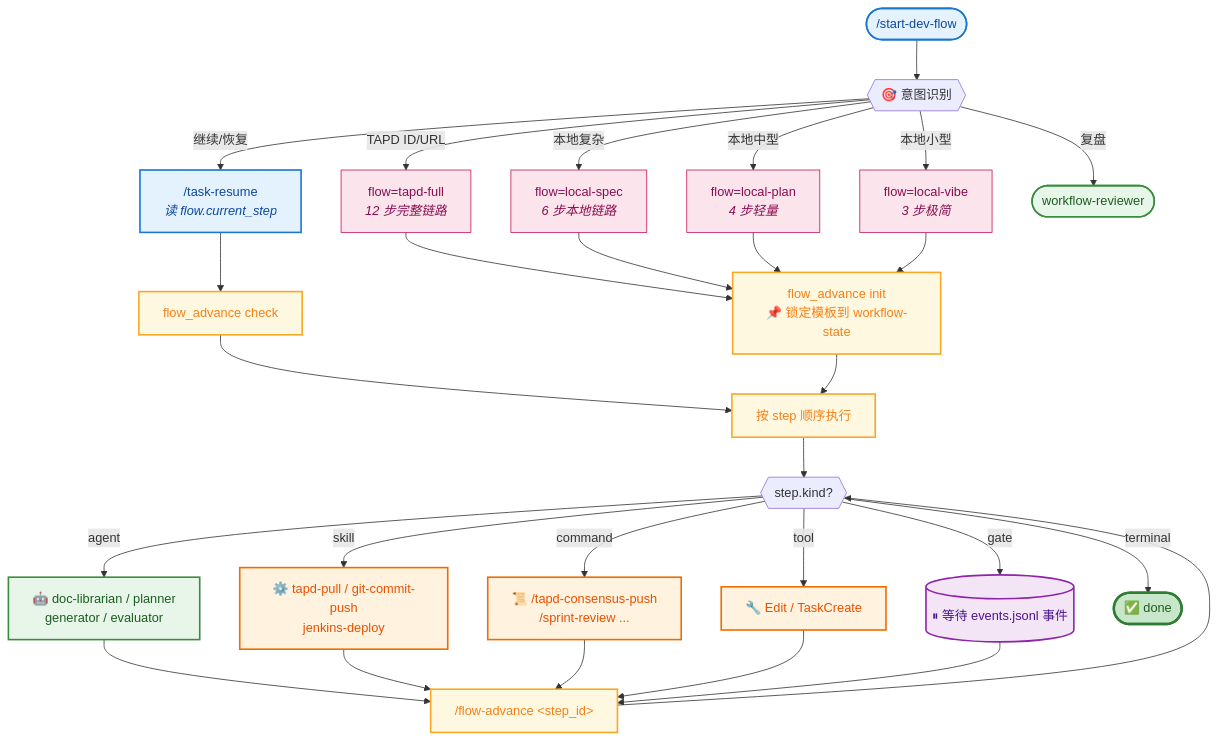
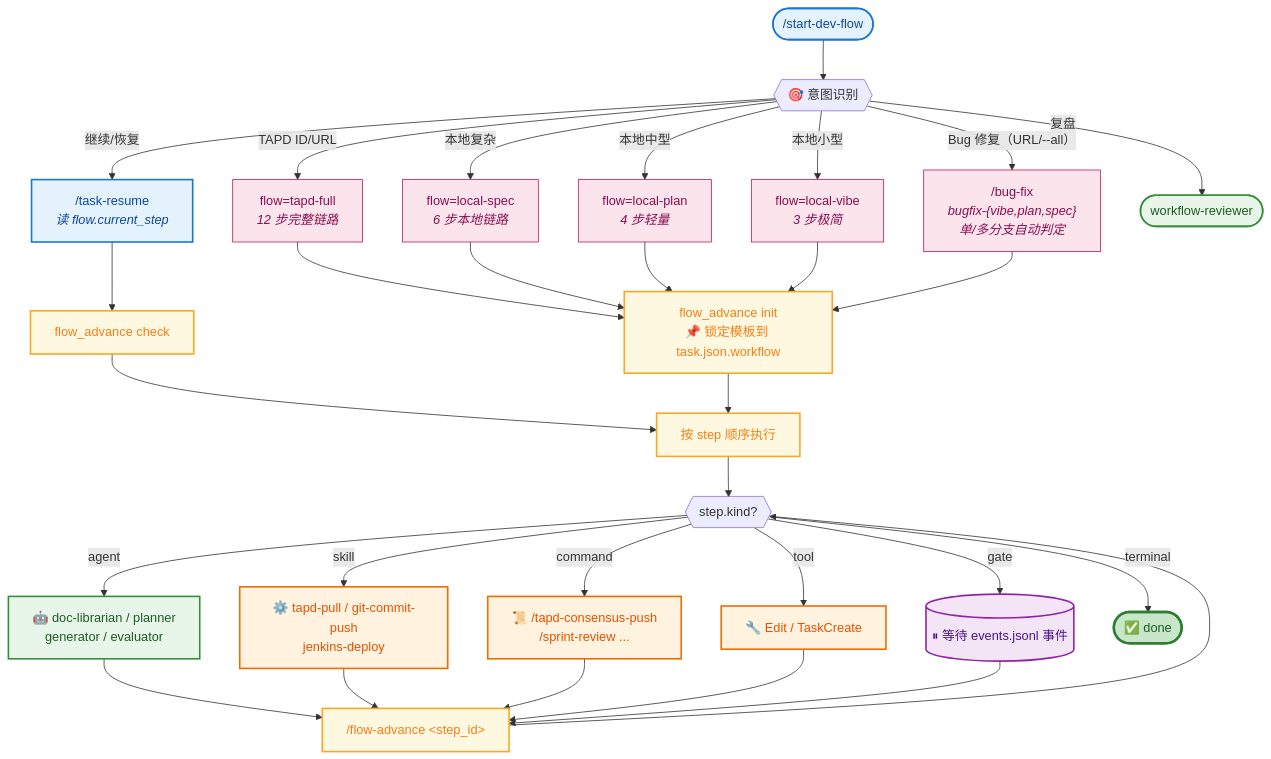
The first of 16 diagrams in README.md (dd-xiaozhi/dev-agent-flow), drawn with Mermaid before and after one commit. The commit also changed other lines of this file and 45 other files, not shown here.

First line of the commit message:
feat(task): 任务层重构 + git 分支自动绑定 + bug-fix 流程

````diff
--- a/README.md
+++ b/README.md
@@ -13,45 +13,46 @@
 ```mermaid
 flowchart TD
     START(["/start-dev-flow"]) --> 识别{{"🎯 意图识别"}}
 
     识别 -->|TAPD ID/URL| F1["flow=tapd-full<br/><i>12 步完整链路</i>"]
     识别 -->|本地复杂| F2["flow=local-spec<br/><i>6 步本地链路</i>"]
     识别 -->|本地中型| F3["flow=local-plan<br/><i>4 步轻量</i>"]
     识别 -->|本地小型| F4["flow=local-vibe<br/><i>3 步极简</i>"]
+    识别 -->|"Bug 修复（URL/--all）"| BF["/bug-fix<br/><i>bugfix-{vibe,plan,spec}</i><br/><i>单/多分支自动判定</i>"]
     识别 -->|继续/恢复| RES["/task-resume<br/><i>读 flow.current_step</i>"]
     识别 -->|复盘| REV([workflow-reviewer])
 
-    F1 & F2 & F3 & F4 --> INIT["flow_advance init<br/>📌 锁定模板到 workflow-state"]
+    F1 & F2 & F3 & F4 & BF --> INIT["flow_advance init<br/>📌 锁定模板到 task.json.workflow"]
     RES --> CHECK["flow_advance check"]
     CHECK --> EXEC
 
     INIT --> EXEC["按 step 顺序执行"]
     EXEC --> KIND{{"step.kind?"}}
 
     KIND -->|agent| KA["🤖 doc-librarian / planner<br/>generator / evaluator"]
     KIND -->|skill| KS["⚙️ tapd-pull / git-commit-push<br/>jenkins-deploy"]
     KIND -->|command| KC["📜 /tapd-consensus-push<br/>/sprint-review ..."]
     KIND -->|tool| KT["🔧 Edit / TaskCreate"]
     KIND -->|gate| KG[("⏸ 等待 events.jsonl 事件")]
     KIND -->|terminal| END(["✅ done"])
 
     KA & KS & KC & KT & KG --> ADV["/flow-advance &lt;step_id&gt;"]
     ADV --> KIND
 
     classDef entry fill:#e3f2fd,stroke:#1976d2,stroke-width:2px,color:#0d47a1
     classDef ctrl fill:#fff8e1,stroke:#f9a825,stroke-width:2px,color:#f57f17
     classDef agent fill:#e8f5e9,stroke:#388e3c,stroke-width:2px,color:#1b5e20
     classDef skill fill:#fff3e0,stroke:#ef6c00,stroke-width:2px,color:#e65100
     classDef gate fill:#f3e5f5,stroke:#8e24aa,stroke-width:2px,color:#4a148c
     classDef done fill:#c8e6c9,stroke:#2e7d32,stroke-width:3px,color:#1b5e20
     classDef tpl fill:#fce4ec,stroke:#c2185b,stroke-width:1px,color:#880e4f
 
     class START,RES entry
     class INIT,CHECK,EXEC,ADV ctrl
     class KA agent
     class KS,KC,KT skill
     class KG gate
     class END done
-    class F1,F2,F3,F4 tpl
+    class F1,F2,F3,F4,BF tpl
     class REV agent
 ```
````
